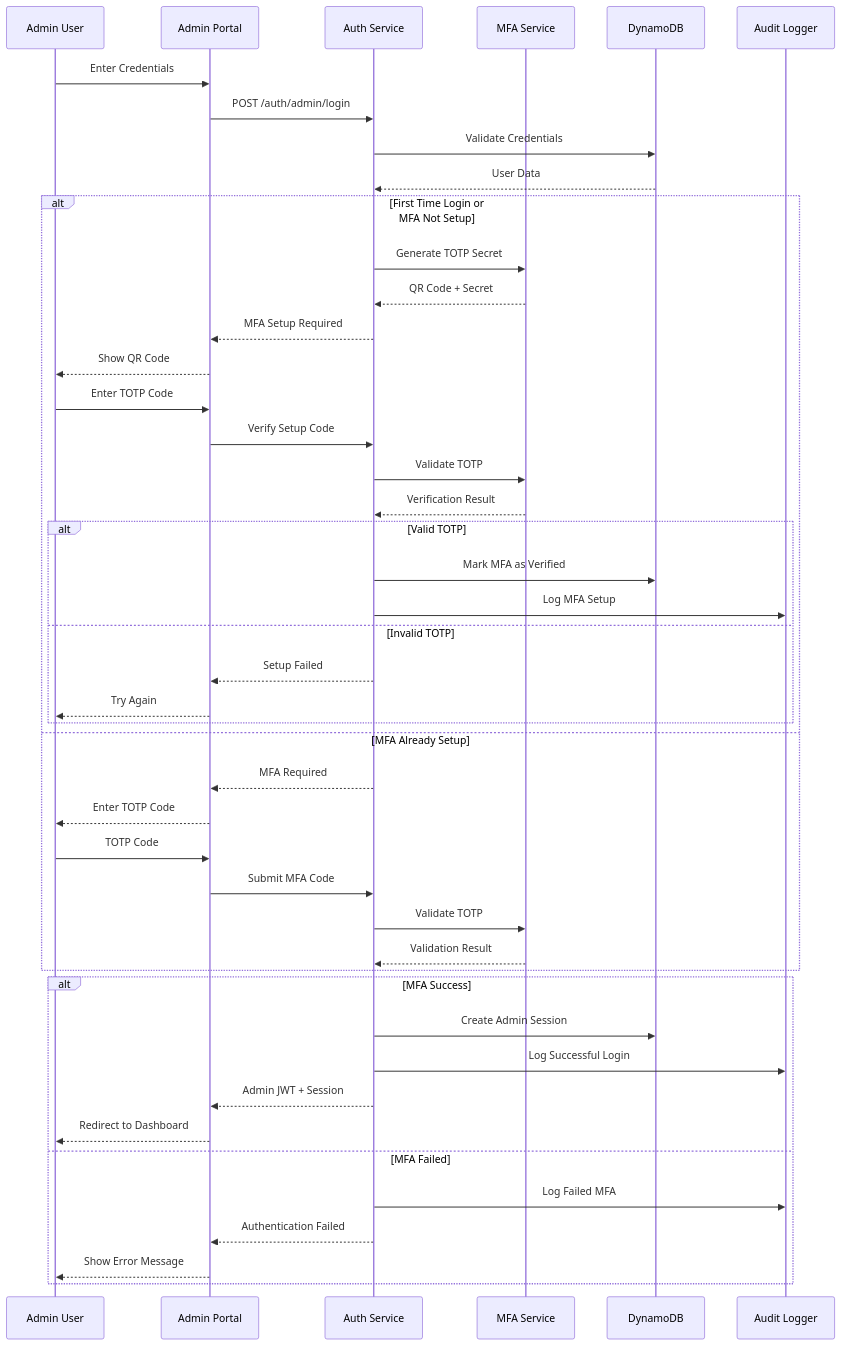
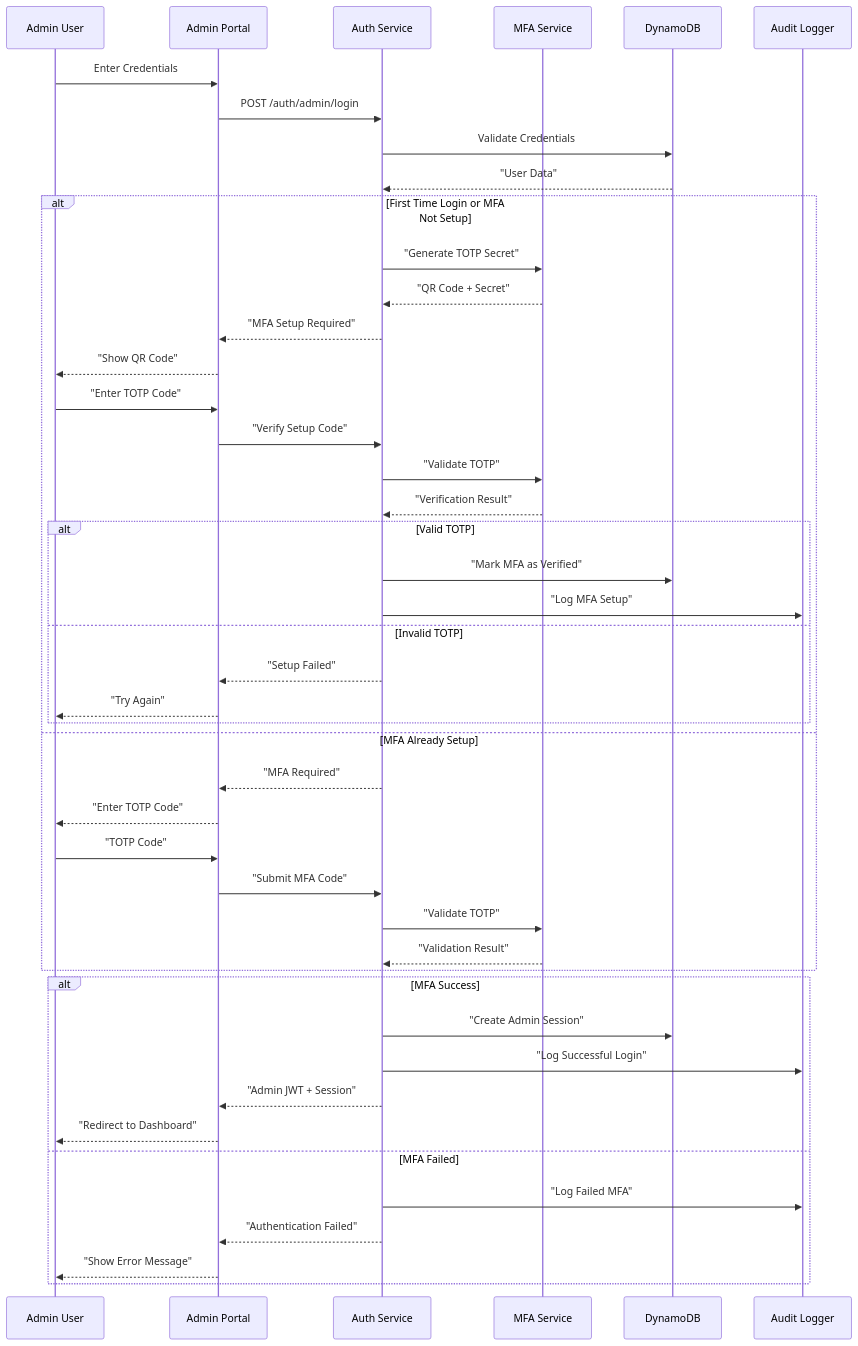
One commit to felixep/harborlist-marketplace changed the fifth of 7 diagrams in docs/architecture/api-architecture.md. Above: the diagram before and after it, drawn with Mermaid. The commit also changed other lines of this file and 8 other files, not shown here.

First line of the commit message:
🔧 Fix Mermaid diagram rendering issues while preserving layouts

````diff
--- a/docs/architecture/api-architecture.md
+++ b/docs/architecture/api-architecture.md
@@ -230,56 +230,56 @@
 ```mermaid
 sequenceDiagram
     participant Admin as Admin User
     participant UI as Admin Portal
     participant AuthAPI as Auth Service
     participant MFA as MFA Service
     participant DB as DynamoDB
     participant Audit as Audit Logger
     
     Admin->>UI: Enter Credentials
     UI->>AuthAPI: POST /auth/admin/login
     
     AuthAPI->>DB: Validate Credentials
-    DB-->>AuthAPI: User Data
+    DB-->>AuthAPI: "User Data"
     
     alt First Time Login or MFA Not Setup
-        AuthAPI->>MFA: Generate TOTP Secret
-        MFA-->>AuthAPI: QR Code + Secret
-        AuthAPI-->>UI: MFA Setup Required
-        UI-->>Admin: Show QR Code
+        AuthAPI->>MFA: "Generate TOTP Secret"
+        MFA-->>AuthAPI: "QR Code + Secret"
+        AuthAPI-->>UI: "MFA Setup Required"
+        UI-->>Admin: "Show QR Code"
         
-        Admin->>UI: Enter TOTP Code
-        UI->>AuthAPI: Verify Setup Code
-        AuthAPI->>MFA: Validate TOTP
-        MFA-->>AuthAPI: Verification Result
+        Admin->>UI: "Enter TOTP Code"
+        UI->>AuthAPI: "Verify Setup Code"
+        AuthAPI->>MFA: "Validate TOTP"
+        MFA-->>AuthAPI: "Verification Result"
         
         alt Valid TOTP
-            AuthAPI->>DB: Mark MFA as Verified
-            AuthAPI->>Audit: Log MFA Setup
+            AuthAPI->>DB: "Mark MFA as Verified"
+            AuthAPI->>Audit: "Log MFA Setup"
         else Invalid TOTP
-            AuthAPI-->>UI: Setup Failed
-            UI-->>Admin: Try Again
+            AuthAPI-->>UI: "Setup Failed"
+            UI-->>Admin: "Try Again"
         end
         
     else MFA Already Setup
-        AuthAPI-->>UI: MFA Required
-        UI-->>Admin: Enter TOTP Code
+        AuthAPI-->>UI: "MFA Required"
+        UI-->>Admin: "Enter TOTP Code"
         
-        Admin->>UI: TOTP Code
-        UI->>AuthAPI: Submit MFA Code
-        AuthAPI->>MFA: Validate TOTP
-        MFA-->>AuthAPI: Validation Result
+        Admin->>UI: "TOTP Code"
+        UI->>AuthAPI: "Submit MFA Code"
+        AuthAPI->>MFA: "Validate TOTP"
+        MFA-->>AuthAPI: "Validation Result"
     end
     
     alt MFA Success
-        AuthAPI->>DB: Create Admin Session
-        AuthAPI->>Audit: Log Successful Login
-        AuthAPI-->>UI: Admin JWT + Session
-        UI-->>Admin: Redirect to Dashboard
+        AuthAPI->>DB: "Create Admin Session"
+        AuthAPI->>Audit: "Log Successful Login"
+        AuthAPI-->>UI: "Admin JWT + Session"
+        UI-->>Admin: "Redirect to Dashboard"
         
     else MFA Failed
-        AuthAPI->>Audit: Log Failed MFA
-        AuthAPI-->>UI: Authentication Failed
-        UI-->>Admin: Show Error Message
+        AuthAPI->>Audit: "Log Failed MFA"
+        AuthAPI-->>UI: "Authentication Failed"
+        UI-->>Admin: "Show Error Message"
     end
 ```
````
